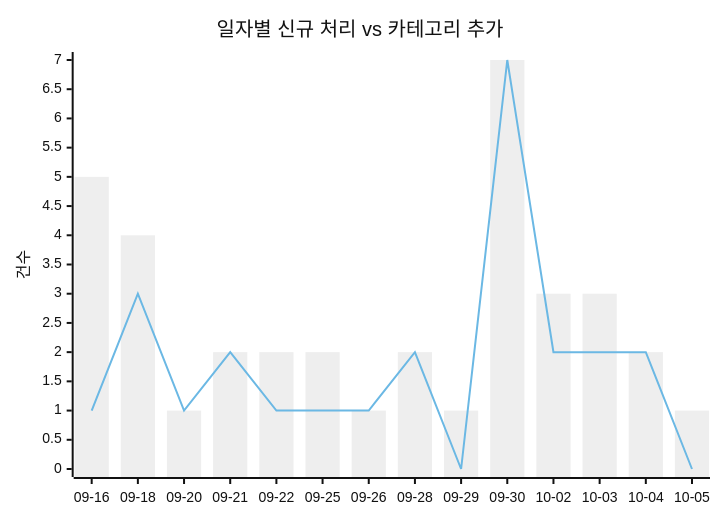
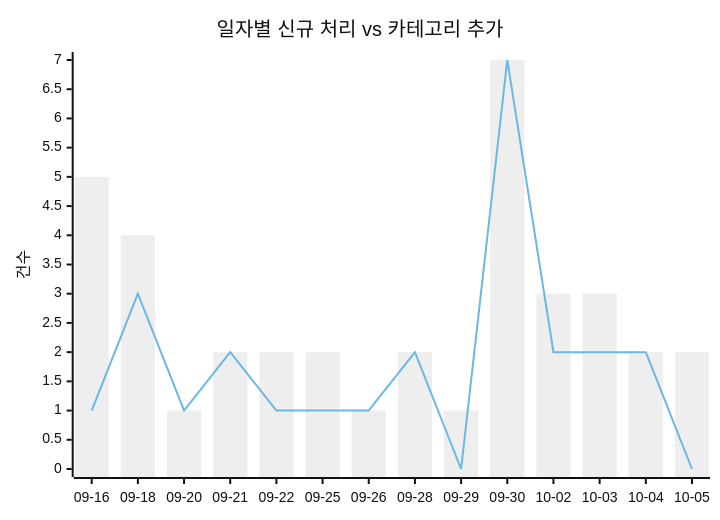
The first of 2 diagrams in docs/trends.md (J-nowcow/awesome-korean-agent-skills), drawn with Mermaid (neutral theme) before and after one commit. The commit also changed other lines of this file and 2 other files, not shown here.

````diff
--- a/docs/trends.md
+++ b/docs/trends.md
@@ -32,8 +32,8 @@
 ```mermaid
 xychart-beta
     title "일자별 신규 처리 vs 카테고리 추가"
     x-axis ["09-16","09-18","09-20","09-21","09-22","09-25","09-26","09-28","09-29","09-30","10-02","10-03","10-04","10-05"]
     y-axis "건수"
-    bar [5,4,1,2,2,2,1,2,1,7,3,3,2,1]
+    bar [5,4,1,2,2,2,1,2,1,7,3,3,2,2]
     line [1,3,1,2,1,1,1,2,0,7,2,2,2,0]
 ```
````
